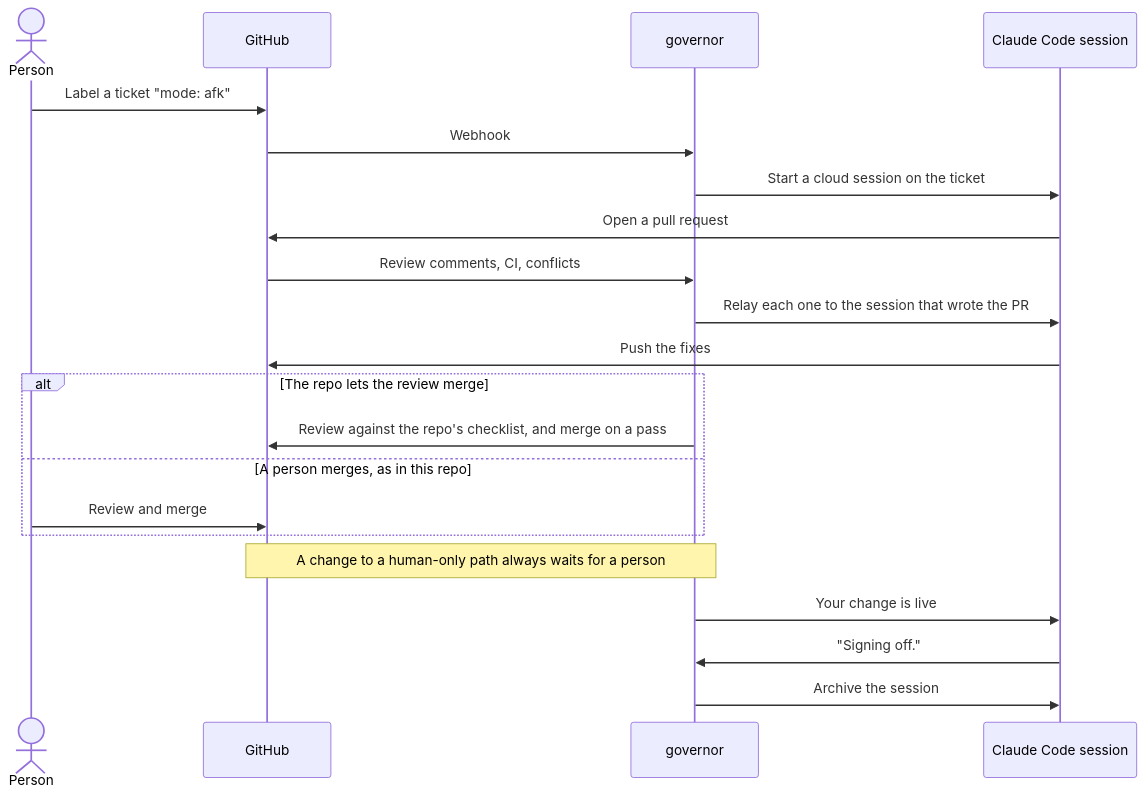
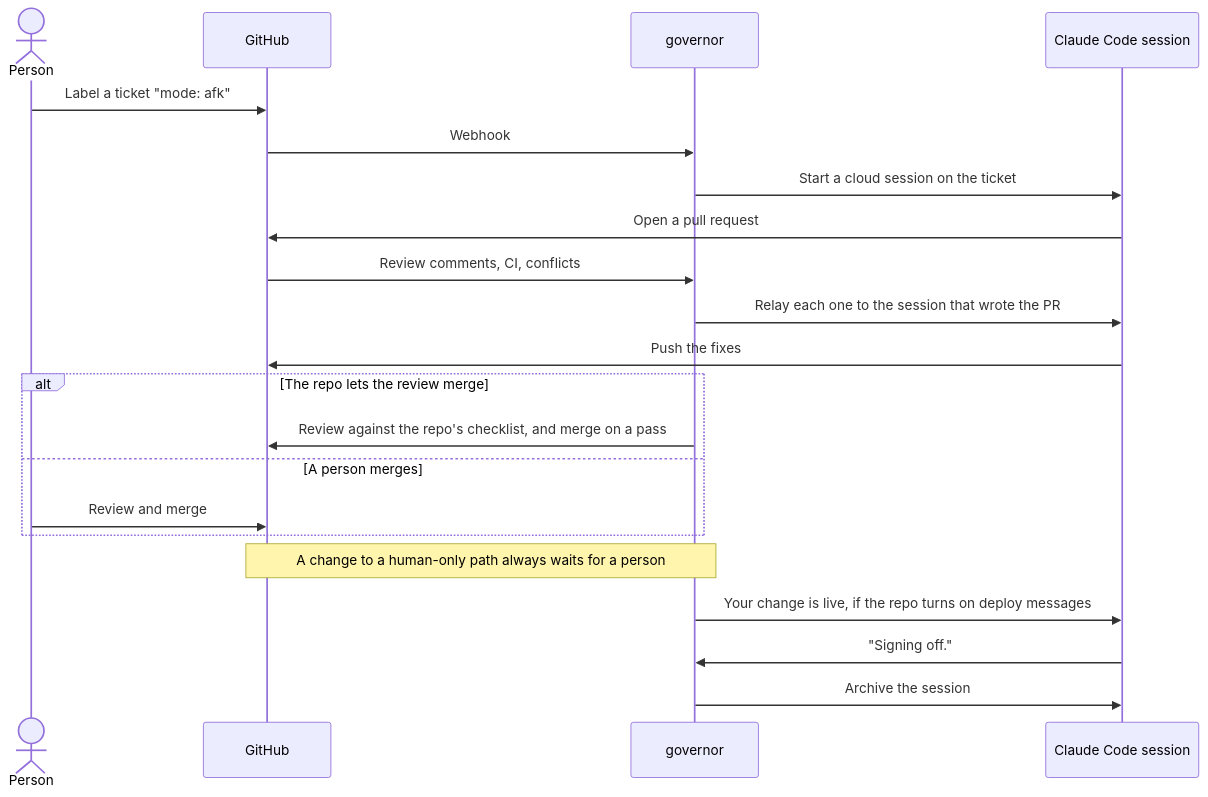
Before and after one commit to t-d-d/gh-governor: the first of 2 diagrams in README.md, drawn with Mermaid. The commit also changed other lines of this file and 1 other file, not shown here.

````diff
--- a/README.md
+++ b/README.md
@@ -43,23 +43,23 @@
 ```mermaid
 sequenceDiagram
     actor P as Person
     participant GH as GitHub
     participant G as governor
     participant S as Claude Code session
     P->>GH: Label a ticket "mode: afk"
     GH->>G: Webhook
     G->>S: Start a cloud session on the ticket
     S->>GH: Open a pull request
     GH->>G: Review comments, CI, conflicts
     G->>S: Relay each one to the session that wrote the PR
     S->>GH: Push the fixes
     alt The repo lets the review merge
         G->>GH: Review against the repo's checklist, and merge on a pass
-    else A person merges, as in this repo
+    else A person merges
         P->>GH: Review and merge
     end
     Note over G,GH: A change to a human-only path always waits for a person
-    G->>S: Your change is live
+    G->>S: Your change is live, if the repo turns on deploy messages
     S->>G: "Signing off."
     G->>S: Archive the session
 ```
````
